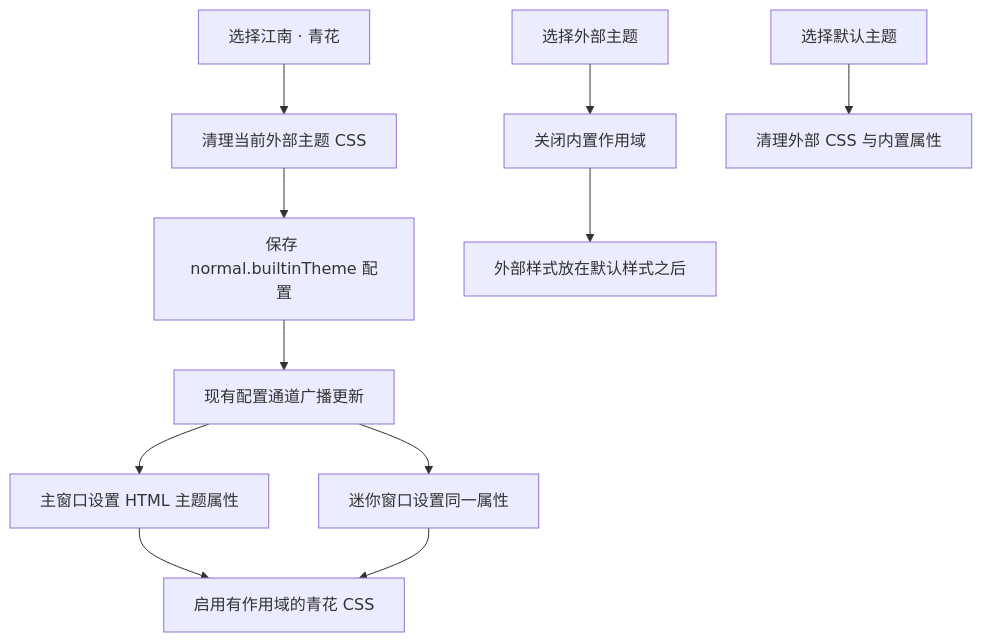
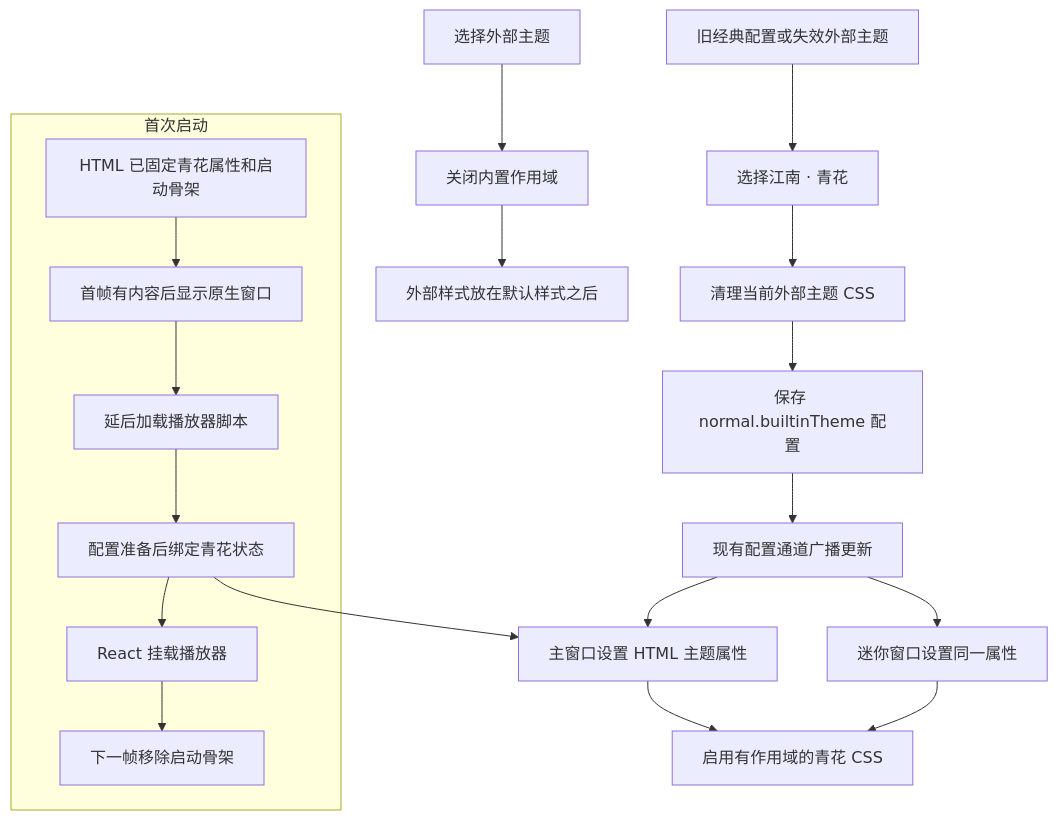
Before and after one commit to Brraida/MusicFreeDesktop: the diagram in docs/knowledge-base/13-jiangnan-theme-implementation.md, drawn with Mermaid. The commit also changed other lines of this file and 24 other files, not shown here.

````diff
--- a/docs/knowledge-base/13-jiangnan-theme-implementation.md
+++ b/docs/knowledge-base/13-jiangnan-theme-implementation.md
@@ -37,13 +37,21 @@
 ```mermaid
 flowchart TD
     Blue["选择江南 · 青花"] --> Clear["清理当前外部主题 CSS"]
     Clear --> Config["保存 normal.builtinTheme 配置"]
     Config --> Broadcast["现有配置通道广播更新"]
     Broadcast --> Main["主窗口设置 HTML 主题属性"]
     Broadcast --> Mini["迷你窗口设置同一属性"]
     Main --> CSS["启用有作用域的青花 CSS"]
     Mini --> CSS
     External["选择外部主题"] --> Disable["关闭内置作用域"]
     Disable --> Pack["外部样式放在默认样式之后"]
-    Classic["选择默认主题"] --> Reset["清理外部 CSS 与内置属性"]
+    Legacy["旧经典配置或失效外部主题"] --> Blue
+    subgraph Startup["首次启动"]
+        HTML["HTML 已固定青花属性和启动骨架"] --> Paint["首帧有内容后显示原生窗口"]
+        Paint --> Load["延后加载播放器脚本"]
+        Load --> Prepare["配置准备后绑定青花状态"]
+        Prepare --> Player["React 挂载播放器"]
+        Player --> Dismiss["下一帧移除启动骨架"]
+    end
+    Prepare --> Main
 ```
````
